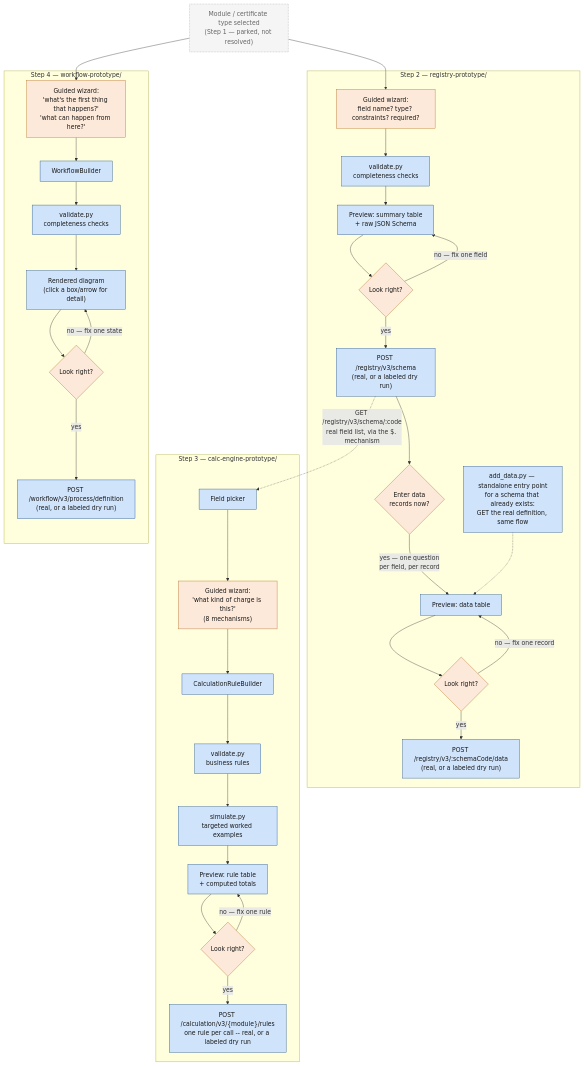
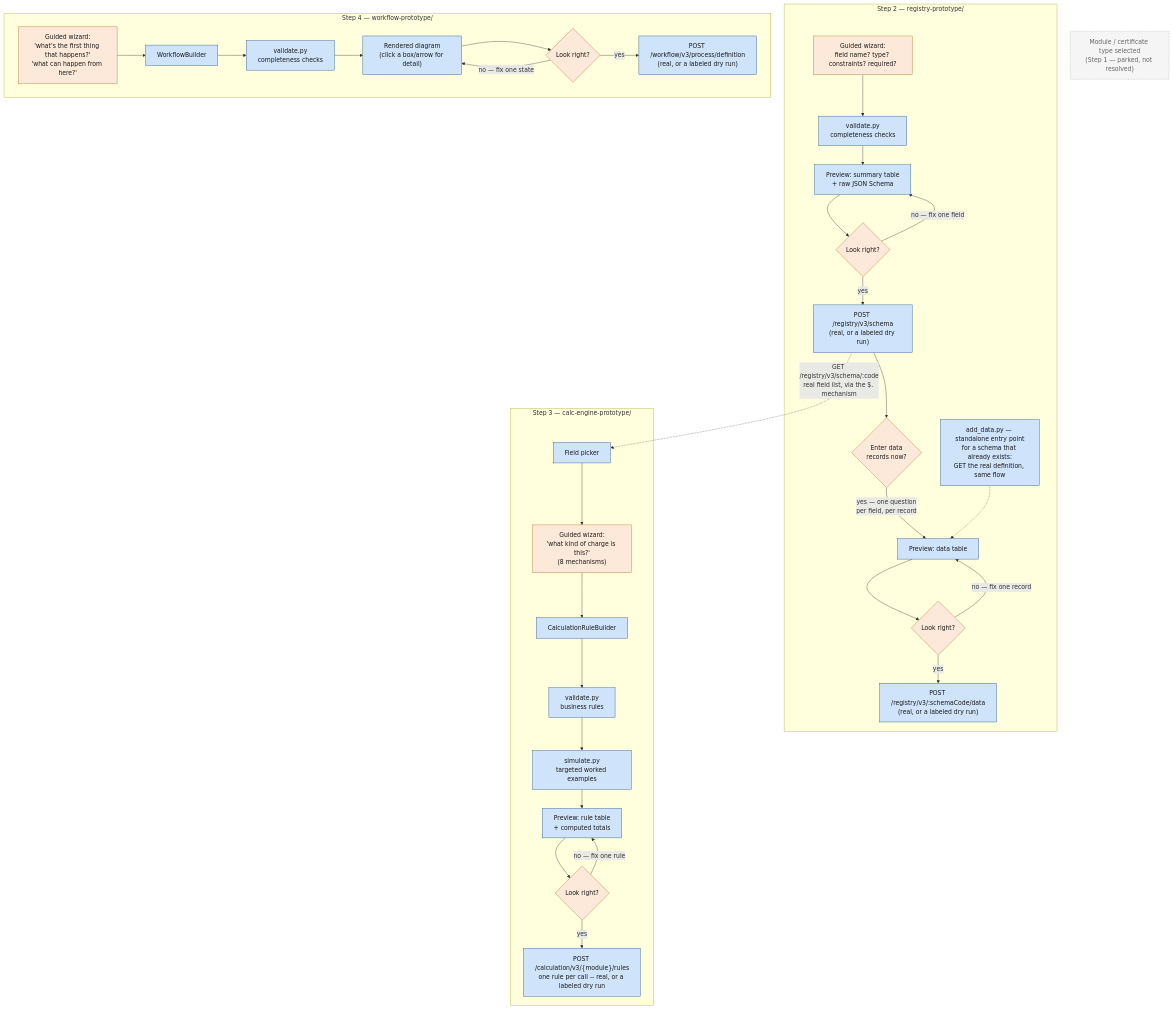
Before and after one commit to srujana-egov/policy-to-calc-spec: the diagram in DEMO-2026-07-15.md, drawn with Mermaid. The commit also changed 3 other files, not shown here.

First line of the commit message:
Correct the calc-engine spec history, and untether Step 1 from the demo diagram

````diff
--- a/DEMO-2026-07-15.md
+++ b/DEMO-2026-07-15.md
@@ -39,47 +39,46 @@
 ```mermaid
 flowchart TD
-    M["Module / certificate type selected<br/>(Step 1 — parked, not resolved)"]:::parked --> S2WIZ
-    M --> S4A
+    M["Module / certificate type selected<br/>(Step 1 — parked, not resolved)"]:::parked
 
     subgraph STEP2["Step 2 — registry-prototype/"]
         S2WIZ["Guided wizard:<br/>field name? type? constraints? required?"]:::human --> S2VAL
         S2VAL["validate.py<br/>completeness checks"]:::code --> S2PREVIEW
         S2PREVIEW["Preview: summary table<br/>+ raw JSON Schema"]:::code --> S2CONFIRM
         S2CONFIRM{"Look right?"}:::human
         S2CONFIRM -->|"no — fix one field"| S2PREVIEW
         S2CONFIRM -->|yes| S2W["POST /registry/v3/schema<br/>(real, or a labeled dry run)"]:::code
         S2W --> S2DATAQ{"Enter data<br/>records now?"}:::human
         S2DATAQ -->|"yes — one question<br/>per field, per record"| S2DATAPREVIEW["Preview: data table"]:::code --> S2DATACONFIRM
         S2DATACONFIRM{"Look right?"}:::human
         S2DATACONFIRM -->|"no — fix one record"| S2DATAPREVIEW
         S2DATACONFIRM -->|yes| S2DATAW["POST /registry/v3/:schemaCode/data<br/>(real, or a labeled dry run)"]:::code
         S2ADDDATA["add_data.py — standalone entry point<br/>for a schema that already exists:<br/>GET the real definition, same flow"]:::code -.-> S2DATAPREVIEW
     end
 
     subgraph STEP3["Step 3 — calc-engine-prototype/"]
         S2W -.->|"GET /registry/v3/schema/:code<br/>real field list, via the $. mechanism"| S3FIELD
         S3FIELD["Field picker"]:::code --> S3WIZ
         S3WIZ["Guided wizard:<br/>'what kind of charge is this?'<br/>(8 mechanisms)"]:::human --> S3BUILD
         S3BUILD["CalculationRuleBuilder"]:::code --> S3VAL
         S3VAL["validate.py<br/>business rules"]:::code --> S3SIM
         S3SIM["simulate.py<br/>targeted worked examples"]:::code --> S3PREVIEW
         S3PREVIEW["Preview: rule table<br/>+ computed totals"]:::code --> S3CONFIRM
         S3CONFIRM{"Look right?"}:::human
         S3CONFIRM -->|"no — fix one rule"| S3PREVIEW
         S3CONFIRM -->|yes| S3W["POST /calculation/v3/{module}/rules<br/>one rule per call -- real, or a labeled dry run"]:::code
     end
 
     subgraph STEP4["Step 4 — workflow-prototype/"]
         S4A["Guided wizard:<br/>'what's the first thing that happens?'<br/>'what can happen from here?'"]:::human --> S4BUILD
         S4BUILD["WorkflowBuilder"]:::code --> S4VAL
         S4VAL["validate.py<br/>completeness checks"]:::code --> S4DIAG
         S4DIAG["Rendered diagram<br/>(click a box/arrow for detail)"]:::code --> S4CONFIRM
         S4CONFIRM{"Look right?"}:::human
         S4CONFIRM -->|"no — fix one state"| S4DIAG
         S4CONFIRM -->|yes| S4W["POST /workflow/v3/process/definition<br/>(real, or a labeled dry run)"]:::code
     end
 
     classDef human fill:#fde9d9,stroke:#b56a1f,color:#1a1a1a
     classDef code fill:#cfe3fb,stroke:#1b4d89,color:#1a1a1a
     classDef parked fill:#f5f5f5,stroke:#999,color:#666,stroke-dasharray: 2 2
 ```
````
